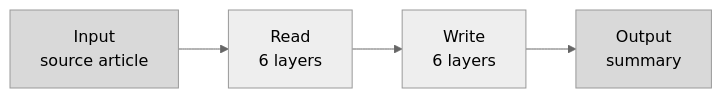
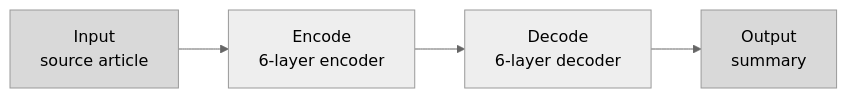
Before and after one commit to FatemaKotb/Comparing-Summarization-Models-on-CNN-DailyMail: the fifth of 5 diagrams in README.md, drawn with Mermaid (neutral theme). The commit also changed other lines of this file, not shown here.

````diff
--- a/README.md
+++ b/README.md
@@ -148,8 +141,8 @@
 ```mermaid
 flowchart LR
-    I[Input<br/>source article] --> E[Read<br/>6 layers]
-    E --> D[Write<br/>6 layers]
+    I[Input<br/>source article] --> E[Encode<br/>6-layer encoder]
+    E --> D[Decode<br/>6-layer decoder]
     D --> O[Output<br/>summary]
     classDef io fill:#d9d9d9,stroke:#999999,color:#000000
     class I,O io
 ```
````
